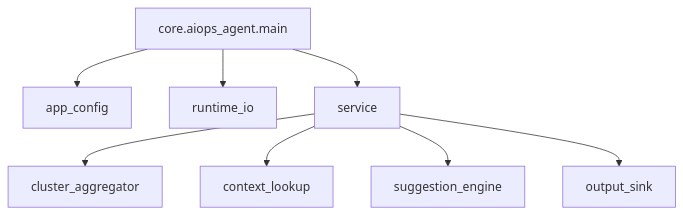
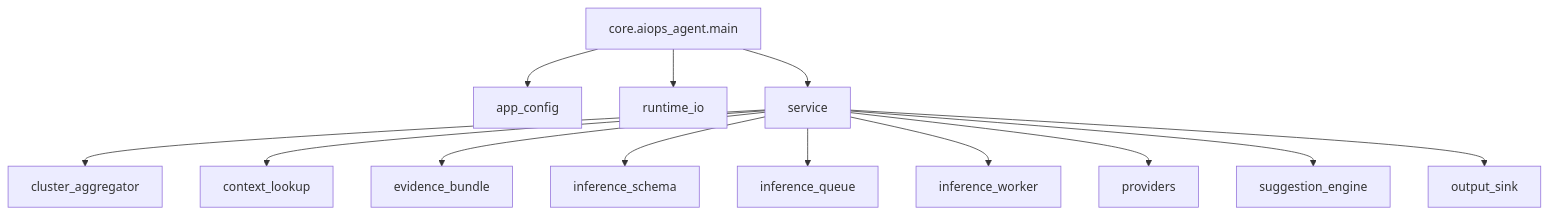
The second of 2 diagrams in README.md (Epochex/Netops-Hybird-AIOps-Platform), drawn with Mermaid before and after one commit. The commit also changed other lines of this file and 15 other files, not shown here.

````diff
--- a/README.md
+++ b/README.md
@@ -81,10 +81,15 @@
 ```mermaid
 flowchart TD
   M[core.aiops_agent.main] --> C[app_config]
   M --> IO[runtime_io]
   M --> SVC[service]
   SVC --> CL[cluster_aggregator]
   SVC --> CTX[context_lookup]
+  SVC --> EB[evidence_bundle]
+  SVC --> IS[inference_schema]
+  SVC --> IQ[inference_queue]
+  SVC --> IW[inference_worker]
+  SVC --> PR[providers]
   SVC --> ENG[suggestion_engine]
   SVC --> OUT[output_sink]
 ```
````
